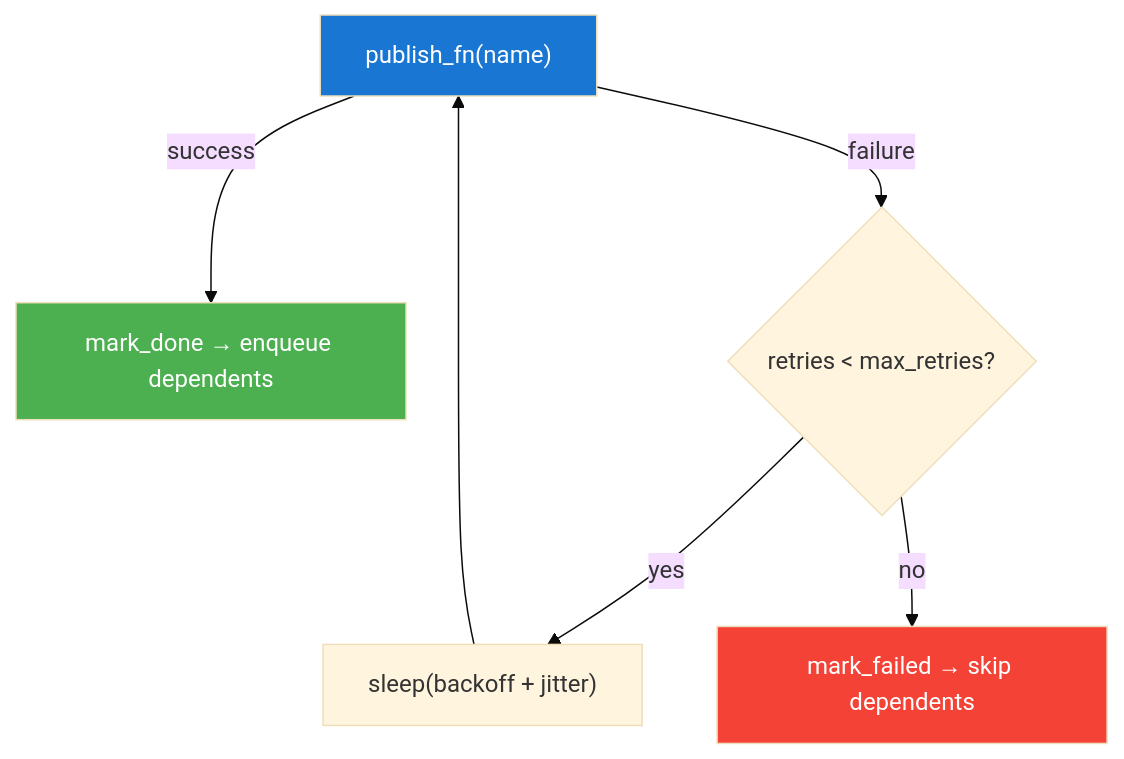
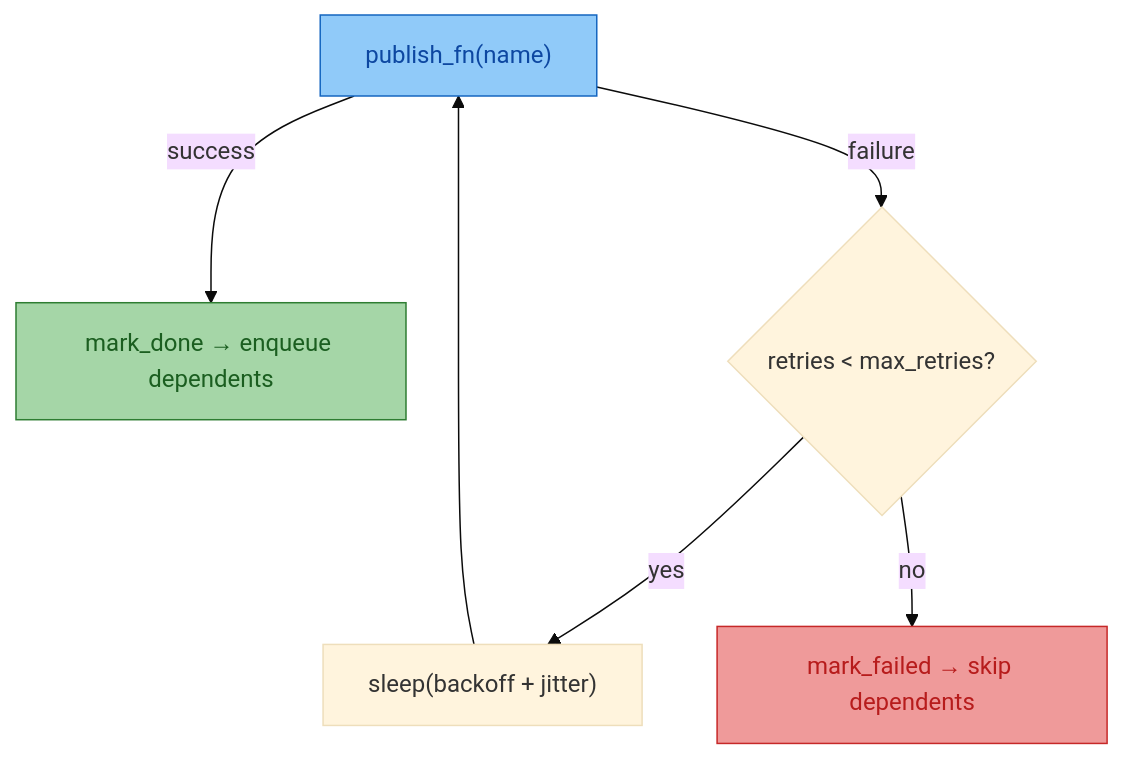
The second of 2 diagrams in tools/releasekit/docs/docs/architecture/scheduler.md (genkit-ai/genkit-python), drawn with Mermaid (base theme) before and after one commit. The commit also changed other lines of this file and 208 other files, not shown here.

````diff
--- a/tools/releasekit/docs/docs/architecture/scheduler.md
+++ b/tools/releasekit/docs/docs/architecture/scheduler.md
@@ -77,13 +77,13 @@
 ```mermaid
 graph TD
     PUB["publish_fn(name)"]
     PUB -->|success| DONE["mark_done → enqueue dependents"]
     PUB -->|failure| CHECK{"retries < max_retries?"}
     CHECK -->|yes| WAIT["sleep(backoff + jitter)"]
     WAIT --> PUB
     CHECK -->|no| FAIL["mark_failed → skip dependents"]
 
-    style DONE fill:#4caf50,color:#fff
-    style FAIL fill:#f44336,color:#fff
-    style PUB fill:#1976d2,color:#fff
+    style DONE fill:#a5d6a7,stroke:#2e7d32,color:#1b5e20
+    style FAIL fill:#ef9a9a,stroke:#c62828,color:#b71c1c
+    style PUB fill:#90caf9,stroke:#1565c0,color:#0d47a1
 ```
````
